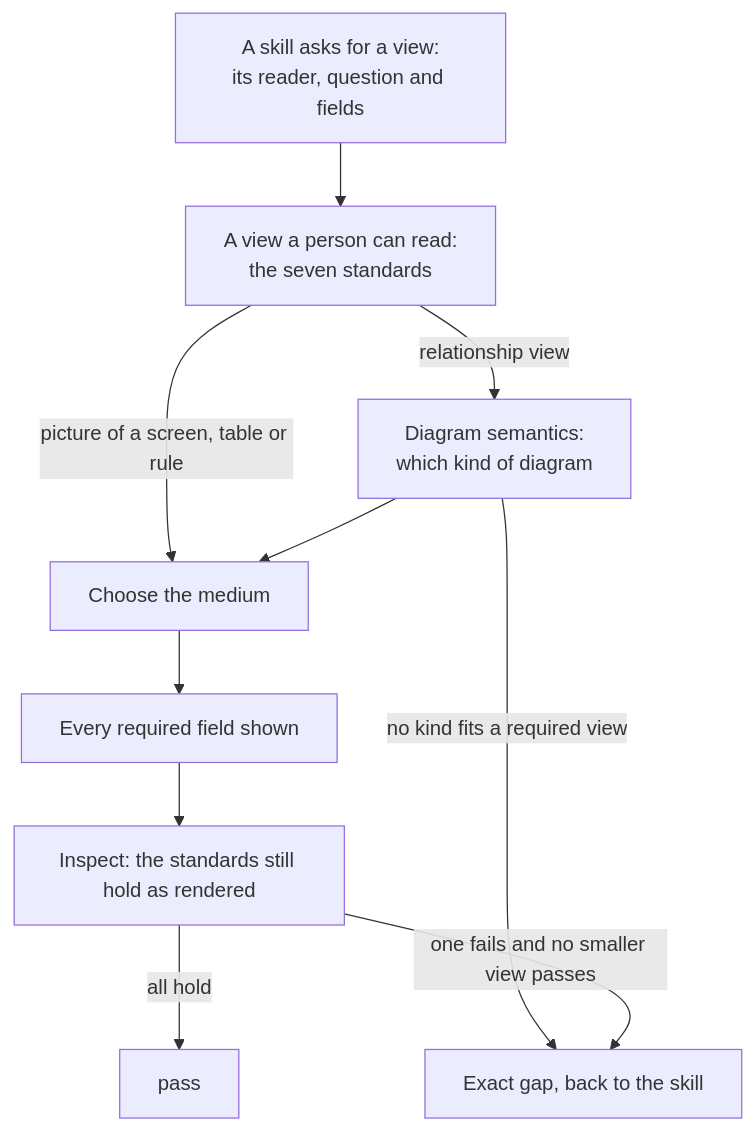
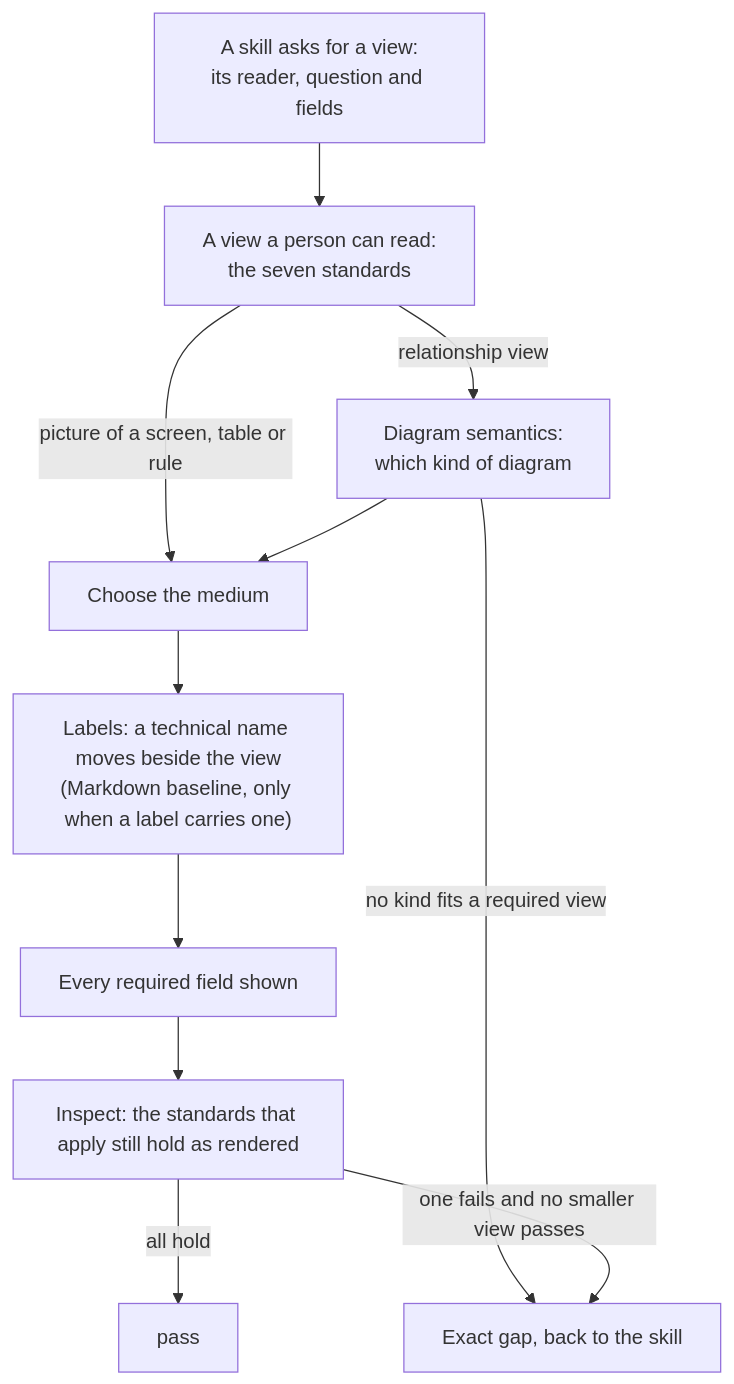
The diagram in docs/wip/skills-authoring/2026-10-27-readable-views-standard/skill-design.md (ShravanSunder/sunstack), drawn with Mermaid before and after one commit. The commit also changed other lines of this file and 5 other files, not shown here.

````diff
--- a/docs/wip/skills-authoring/2026-10-27-readable-views-standard/skill-design.md
+++ b/docs/wip/skills-authoring/2026-10-27-readable-views-standard/skill-design.md
@@ -21,12 +21,13 @@
 ```mermaid
 flowchart TD
   ask["A skill asks for a view:<br/>its reader, question and fields"] --> std["A view a person can read:<br/>the seven standards"]
   std -->|"relationship view"| fam["Diagram semantics:<br/>which kind of diagram"]
   std -->|"picture of a screen, table or rule"| med["Choose the medium"]
   fam --> med
   fam -->|"no kind fits a required view"| gap["Exact gap, back to the skill"]
-  med --> keep["Every required field shown"]
-  keep --> look["Inspect: the standards still hold as rendered"]
+  med --> atoms["Labels: a technical name moves beside the view<br/>(Markdown baseline, only when a label carries one)"]
+  atoms --> keep["Every required field shown"]
+  keep --> look["Inspect: the standards that apply still hold as rendered"]
   look -->|"all hold"| pass["pass"]
   look -->|"one fails and no smaller view passes"| gap
 ```
````
